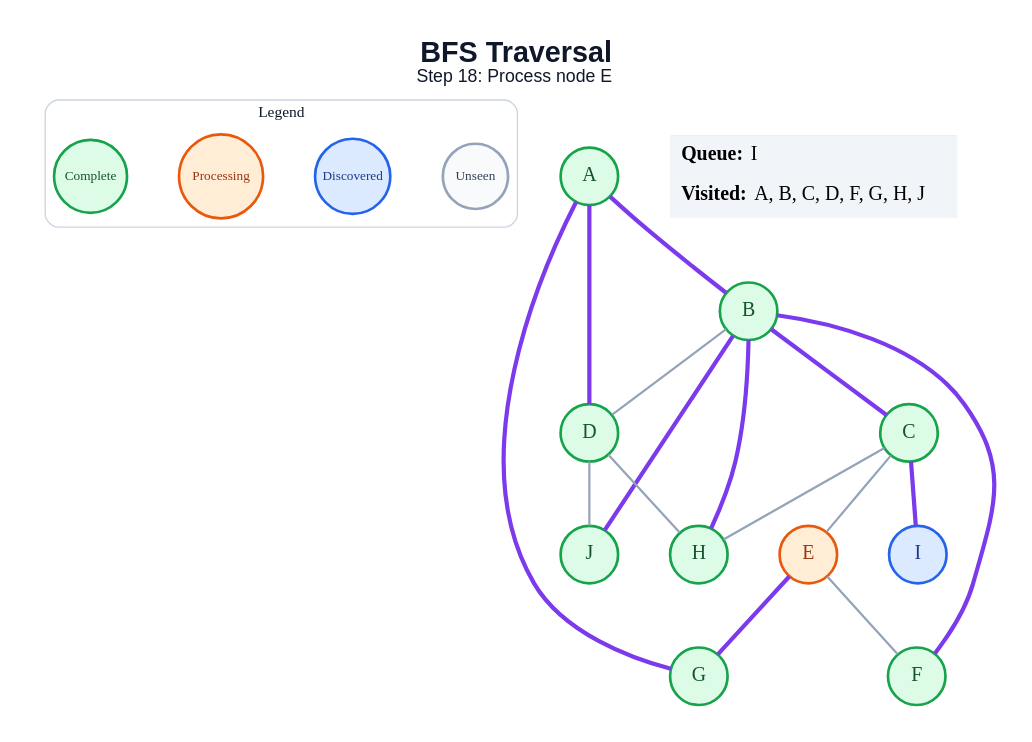
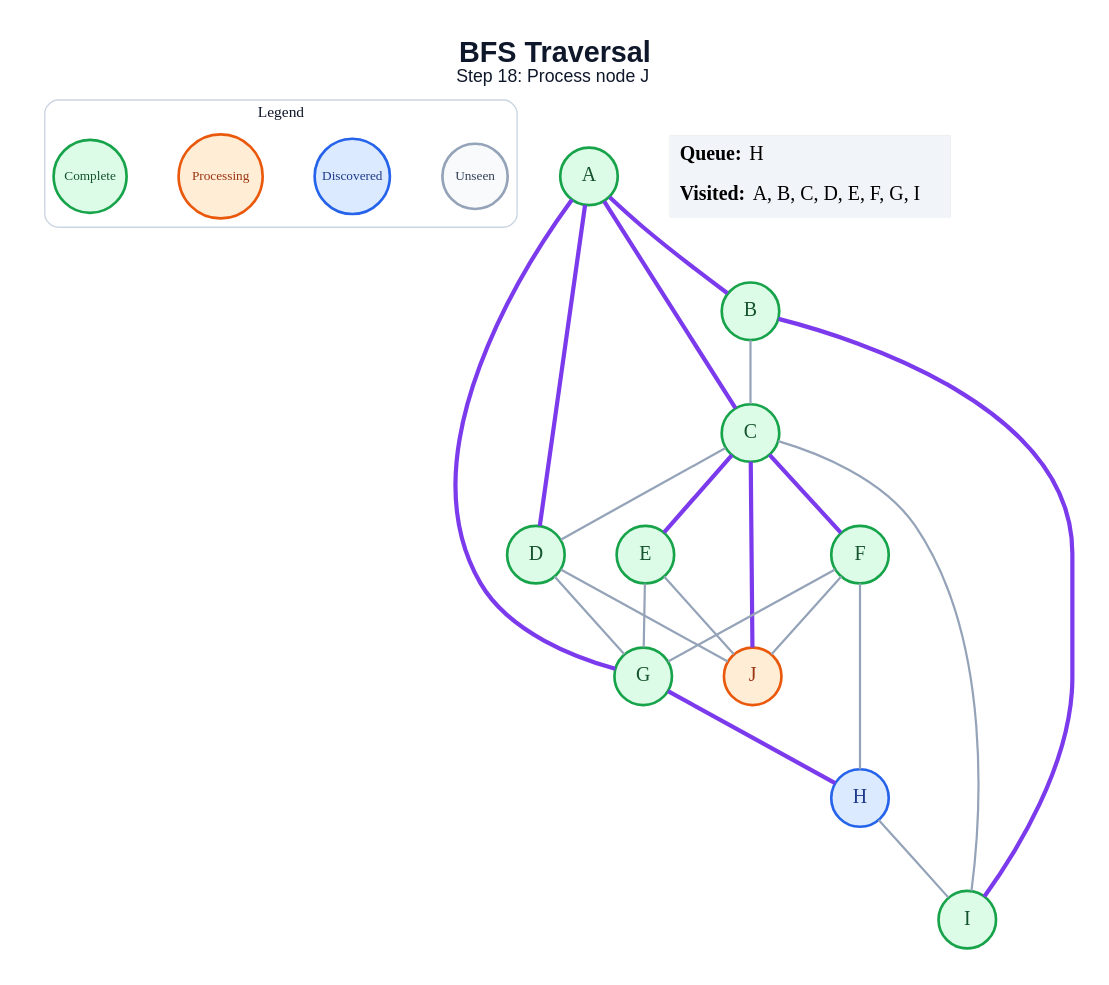
One commit to amanghodawala9/ai-slop changed the diagram in generated/bfs/step_18.dot. Above: the diagram before and after it, drawn with Graphviz. The commit also changed 178 other files, not shown here.

```diff
--- a/generated/bfs/step_18.dot
+++ b/generated/bfs/step_18.dot
@@ -1,44 +1,49 @@
 graph traversal {
   graph [layout=dot, rankdir=TB, bgcolor="#FFFFFF", pad="0.35", nodesep="0.65", ranksep="0.8", fontname="Arial"];
   node [shape=circle, style="filled", fontname="Arial Bold", fontsize=18, width=0.72, fixedsize=true, penwidth=2.4];
   edge [color="#94A3B8", penwidth=2.0];
-  label=<<B>BFS Traversal</B><BR/><FONT POINT-SIZE="16">Step 18: Process node E</FONT>>; labelloc="t"; fontsize=26; fontname="Arial"; fontcolor="#0F172A";
+  label=<<B>BFS Traversal</B><BR/><FONT POINT-SIZE="16">Step 18: Process node J</FONT>>; labelloc="t"; fontsize=26; fontname="Arial"; fontcolor="#0F172A";
   subgraph cluster_legend { label="Legend"; color="#CBD5E1"; penwidth=1.2; style="rounded"; fontsize=14; fontname="Arial Bold";
     key_unseen [label="Unseen", fillcolor="#F8FAFC", color="#94A3B8", fontcolor="#334155", fontsize=12, width=0.82];
     key_frontier [label="Discovered", fillcolor="#DBEAFE", color="#2563EB", fontcolor="#1E3A8A", fontsize=12, width=0.95];
     key_current [label="Processing", fillcolor="#FFEDD5", color="#EA580C", fontcolor="#9A3412", fontsize=12, width=1.05];
     key_done [label="Complete", fillcolor="#DCFCE7", color="#16A34A", fontcolor="#14532D", fontsize=12, width=0.92];
     { rank=same; key_unseen; key_frontier; key_current; key_done; }
   }
   A [fillcolor="#DCFCE7", color="#16A34A", fontcolor="#14532D"];
   B [fillcolor="#DCFCE7", color="#16A34A", fontcolor="#14532D"];
   C [fillcolor="#DCFCE7", color="#16A34A", fontcolor="#14532D"];
   D [fillcolor="#DCFCE7", color="#16A34A", fontcolor="#14532D"];
-  E [fillcolor="#FFEDD5", color="#EA580C", fontcolor="#9A3412"];
+  E [fillcolor="#DCFCE7", color="#16A34A", fontcolor="#14532D"];
   F [fillcolor="#DCFCE7", color="#16A34A", fontcolor="#14532D"];
   G [fillcolor="#DCFCE7", color="#16A34A", fontcolor="#14532D"];
-  H [fillcolor="#DCFCE7", color="#16A34A", fontcolor="#14532D"];
-  I [fillcolor="#DBEAFE", color="#2563EB", fontcolor="#1E3A8A"];
-  J [fillcolor="#DCFCE7", color="#16A34A", fontcolor="#14532D"];
+  H [fillcolor="#DBEAFE", color="#2563EB", fontcolor="#1E3A8A"];
+  I [fillcolor="#DCFCE7", color="#16A34A", fontcolor="#14532D"];
+  J [fillcolor="#FFEDD5", color="#EA580C", fontcolor="#9A3412"];
   A -- B [color="#7C3AED", penwidth=3.8];
+  A -- C [color="#7C3AED", penwidth=3.8];
   A -- D [color="#7C3AED", penwidth=3.8];
   A -- G [color="#7C3AED", penwidth=3.8];
-  B -- C [color="#7C3AED", penwidth=3.8];
-  B -- D;
-  B -- F [color="#7C3AED", penwidth=3.8];
-  B -- H [color="#7C3AED", penwidth=3.8];
-  B -- J [color="#7C3AED", penwidth=3.8];
-  C -- E;
-  C -- H;
-  C -- I [color="#7C3AED", penwidth=3.8];
-  D -- H;
+  B -- C;
+  B -- I [color="#7C3AED", penwidth=3.8];
+  C -- D;
+  C -- E [color="#7C3AED", penwidth=3.8];
+  C -- F [color="#7C3AED", penwidth=3.8];
+  C -- I;
+  C -- J [color="#7C3AED", penwidth=3.8];
+  D -- G;
   D -- J;
-  E -- F;
-  E -- G [color="#7C3AED", penwidth=3.8];
+  E -- G;
+  E -- J;
+  F -- G;
+  F -- H;
+  F -- J;
+  G -- H [color="#7C3AED", penwidth=3.8];
+  H -- I;
   status [shape=plain, fixedsize=false, width=0, height=0, margin=0, label=<
     <TABLE BORDER="0" CELLBORDER="0" CELLPADDING="7" BGCOLOR="#F1F5F9">
-      <TR><TD ALIGN="LEFT"><B>Queue:</B> I</TD></TR>
-      <TR><TD ALIGN="LEFT"><B>Visited:</B> A, B, C, D, F, G, H, J</TD></TR>
+      <TR><TD ALIGN="LEFT"><B>Queue:</B> H</TD></TR>
+      <TR><TD ALIGN="LEFT"><B>Visited:</B> A, B, C, D, E, F, G, I</TD></TR>
     </TABLE>
   >];
 }
```
